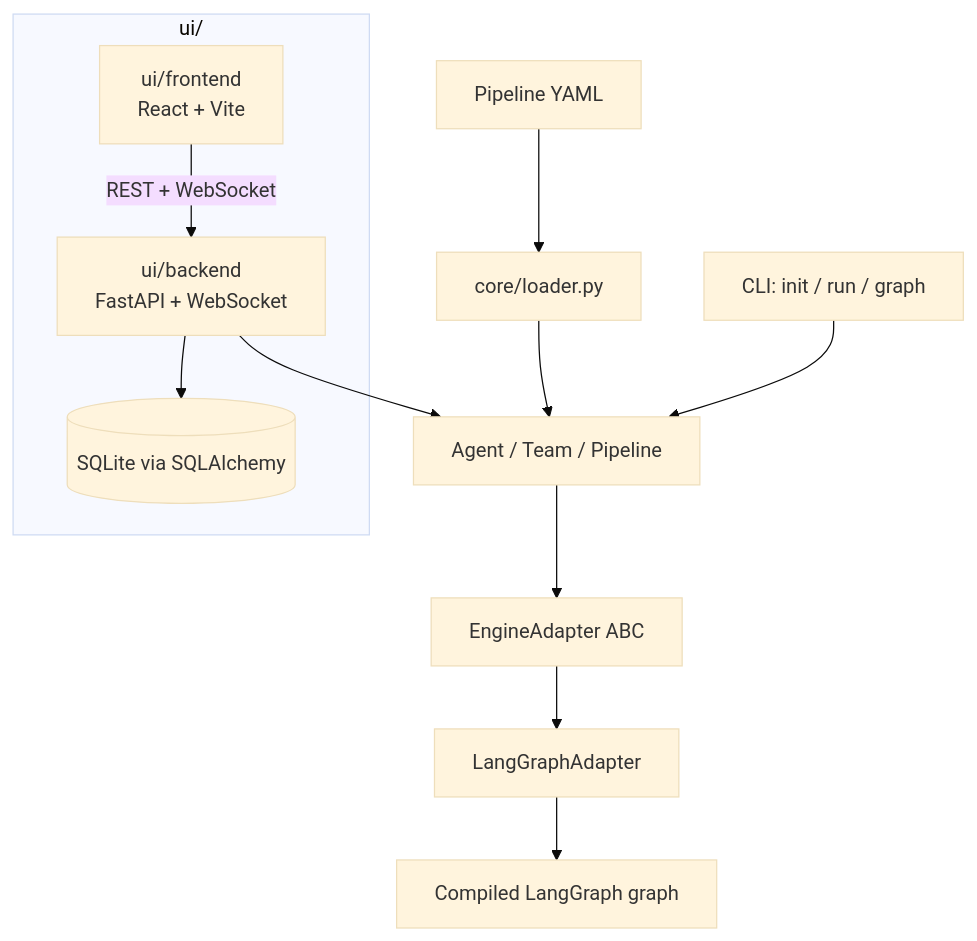
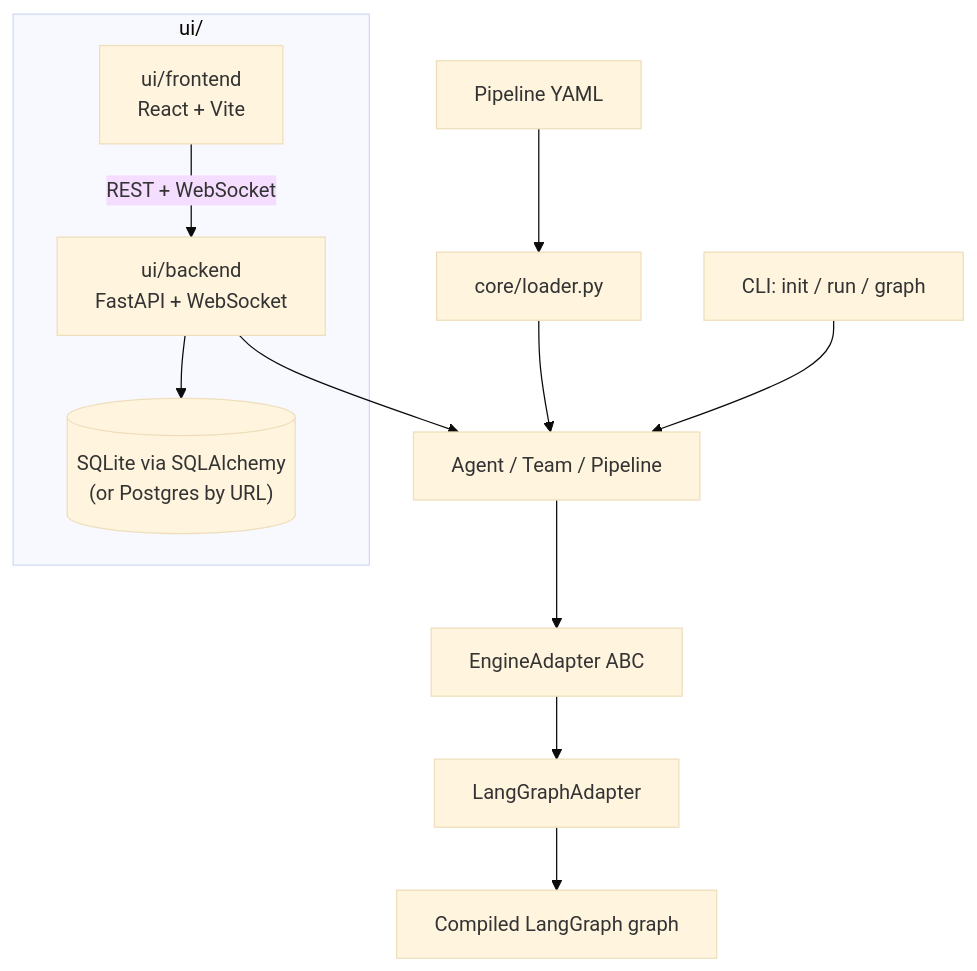
The diagram in docs/ARCHITECTURE.md (GavinLai2023/bestteam), drawn with Mermaid (base theme) before and after one commit. The commit also changed other lines of this file and 2 other files, not shown here.

First line of the commit message:
docs: supersession note on the 08-22 SQLite entry; ARCHITECTURE and CLAUDE.md follow-ups

````diff
--- a/docs/ARCHITECTURE.md
+++ b/docs/ARCHITECTURE.md
@@ -10,20 +10,20 @@
 ```mermaid
 graph TB
     YAML["Pipeline YAML"] --> Loader["core/loader.py"]
     Loader --> SDK["Agent / Team / Pipeline"]
     SDK --> Adapter["EngineAdapter ABC"]
     Adapter --> LG["LangGraphAdapter"]
     LG --> Compiled["Compiled LangGraph graph"]
 
     CLI["CLI: init / run / graph"] --> SDK
 
     subgraph UI["ui/"]
         Backend["ui/backend\nFastAPI + WebSocket"]
-        DB[("SQLite via SQLAlchemy")]
+        DB[("SQLite via SQLAlchemy\n(or Postgres by URL)")]
         Frontend["ui/frontend\nReact + Vite"]
     end
 
     Backend --> SDK
     Backend --> DB
     Frontend -- "REST + WebSocket" --> Backend
 ```
````
